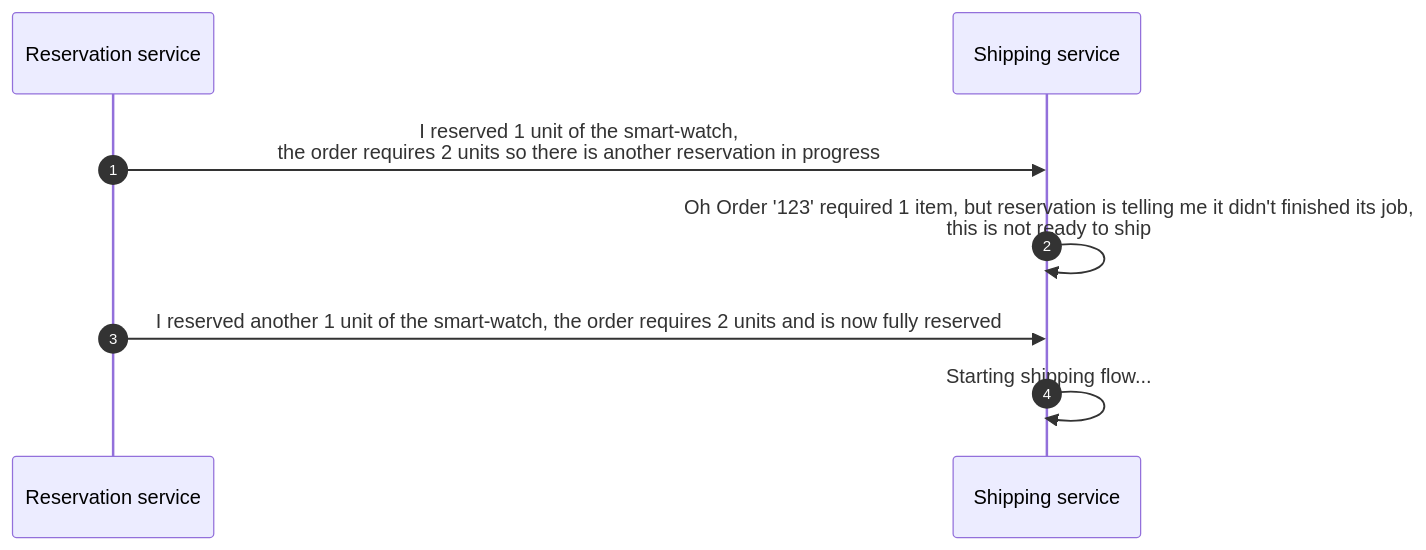
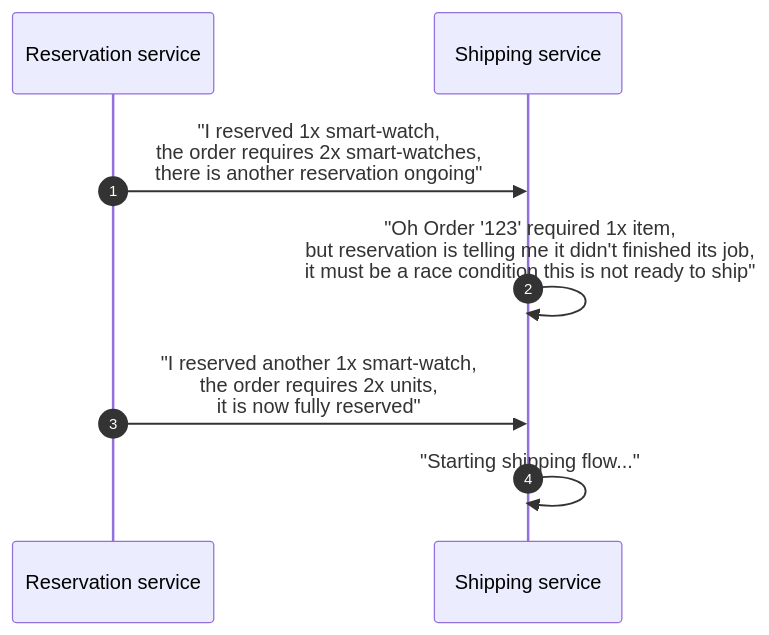
The fourth of 4 diagrams in docs/_posts/2022-06-07-consistency-with-microservices-part-2.md (fnipo/fnipo.github.io), drawn with Mermaid before and after one commit. The commit also changed other lines of this file, not shown here.

Commit message:
Improving diagrams

````diff
--- a/docs/_posts/2022-06-07-consistency-with-microservices-part-2.md
+++ b/docs/_posts/2022-06-07-consistency-with-microservices-part-2.md
@@ -140,12 +140,12 @@
 ```mermaid!
 sequenceDiagram
     autonumber
 
     participant Reservation service
     participant Shipping service
 
-    Reservation service ->> Shipping service: I reserved 1 unit of the smart-watch, <br/> the order requires 2 units so there is another reservation in progress
-    Shipping service ->> Shipping service: Oh Order '123' required 1 item, but reservation is telling me it didn't finished its job, <br/> this is not ready to ship
-    Reservation service ->> Shipping service: I reserved another 1 unit of the smart-watch, the order requires 2 units and is now fully reserved
-    Shipping service ->> Shipping service: Starting shipping flow...
+    Reservation service ->> Shipping service: "I reserved 1x smart-watch, <br/>the order requires 2x smart-watches, <br/>there is another reservation ongoing"
+    Shipping service ->> Shipping service: "Oh Order '123' required 1x item, <br/>but reservation is telling me it didn't finished its job, <br/>it must be a race condition this is not ready to ship"
+    Reservation service ->> Shipping service: "I reserved another 1x smart-watch, <br/>the order requires 2x units, <br/>it is now fully reserved"
+    Shipping service ->> Shipping service: "Starting shipping flow..."
 ```
````
